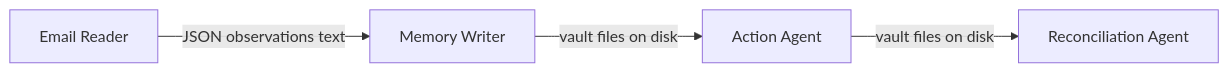
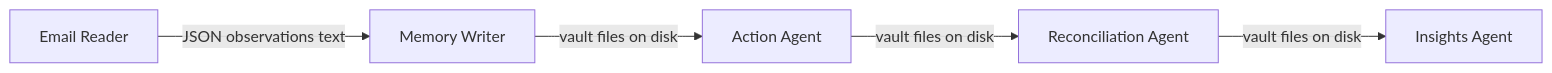
One commit to ifeanyi-okafor/email-memory-agent changed the fifth of 5 diagrams in docs/agentic-architecture.md. Above: the diagram before and after it, drawn with Mermaid. The commit also changed other lines of this file and 8 other files, not shown here.

````diff
--- a/docs/agentic-architecture.md
+++ b/docs/agentic-architecture.md
@@ -174,6 +195,7 @@
 ```mermaid
 flowchart LR
     ER[Email Reader] -->|"JSON observations text"| MW[Memory Writer]
     MW -->|"vault files on disk"| AA[Action Agent]
     AA -->|"vault files on disk"| RA[Reconciliation Agent]
+    RA -->|"vault files on disk"| IA[Insights Agent]
 ```
````
